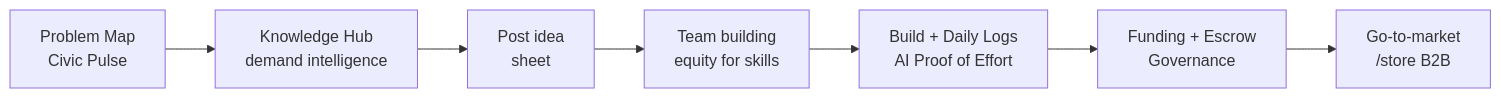
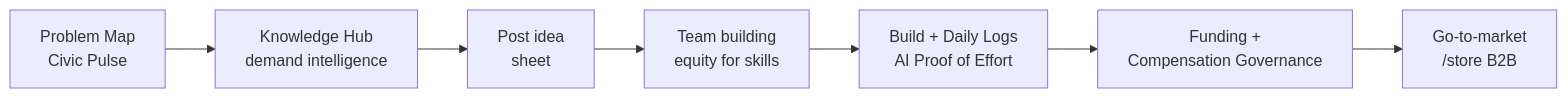
The first of 2 diagrams in docs/R_AND_D_STRUCTURE.md (vidyesh95/qatoto-frontend), drawn with Mermaid before and after one commit. The commit also changed other lines of this file and 7 other files, not shown here.

````diff
--- a/docs/R_AND_D_STRUCTURE.md
+++ b/docs/R_AND_D_STRUCTURE.md
@@ -60,9 +70,9 @@
 ```mermaid
 flowchart LR
   PM[Problem Map<br/>Civic Pulse] --> KH[Knowledge Hub<br/>demand intelligence]
   KH --> IDEA[Post idea<br/>sheet]
   IDEA --> TEAM[Team building<br/>equity for skills]
   TEAM --> BUILD[Build + Daily Logs<br/>AI Proof of Effort]
-  BUILD --> FUND[Funding + Escrow<br/>Governance]
+  BUILD --> FUND[Funding +<br/>Compensation Governance]
   FUND --> GTM[Go-to-market<br/>/store B2B]
 ```
````
